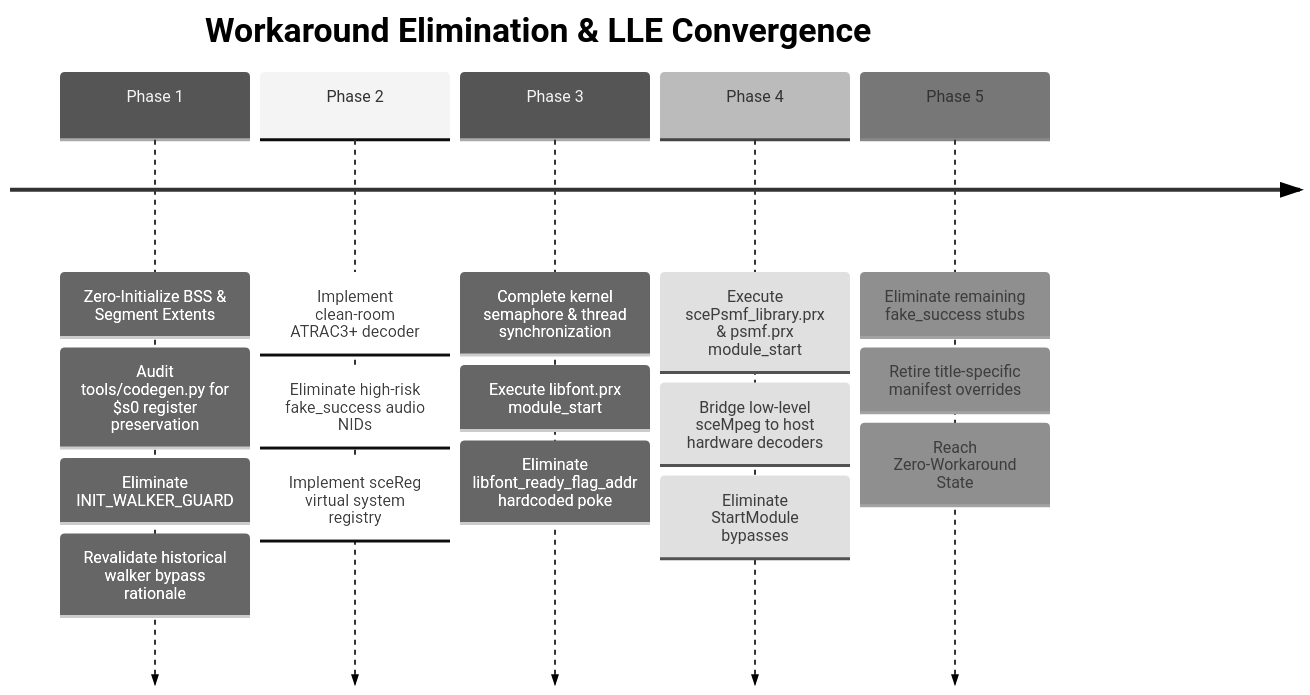
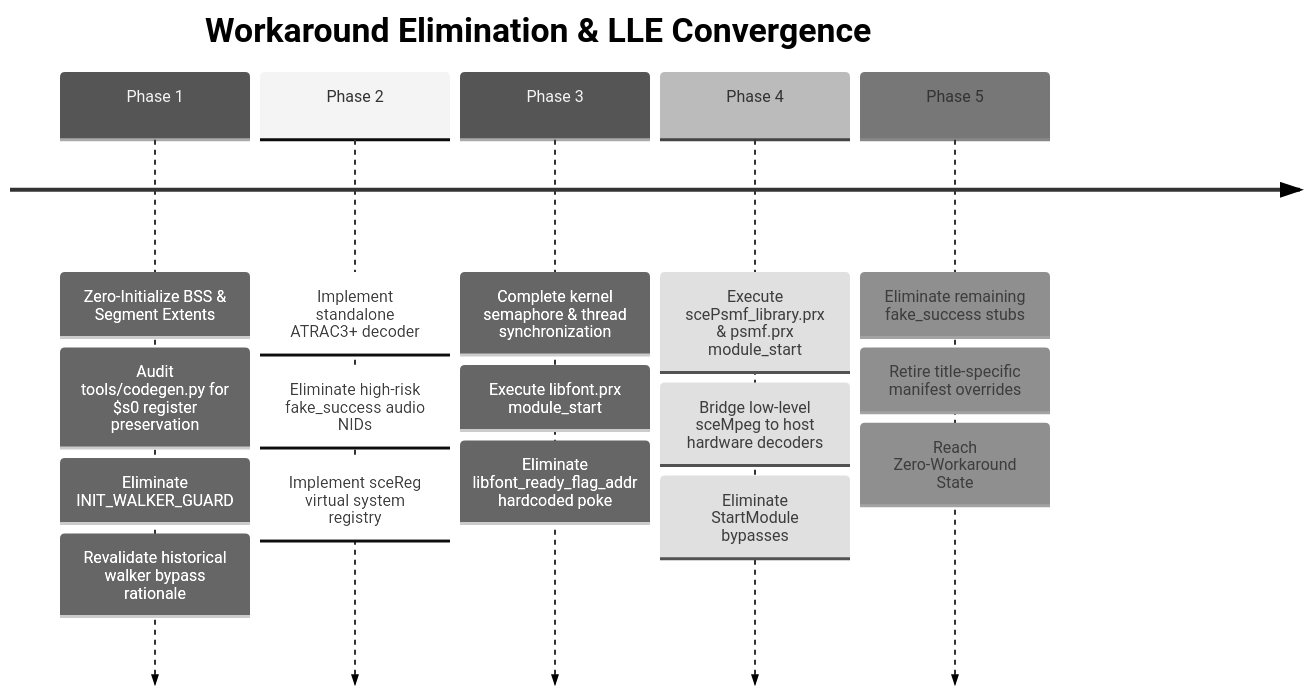
The diagram in docs/HLE_AND_WORKAROUND_INVENTORY.md (Jstar269/nakagawa-recomp), drawn with Mermaid (neutral theme) before and after one commit. The commit also changed 3 other files, not shown here.

Commit message:
docs(arch): weaken cleanroom and legal overstatements in architecture docs

````diff
--- a/docs/HLE_AND_WORKAROUND_INVENTORY.md
+++ b/docs/HLE_AND_WORKAROUND_INVENTORY.md
@@ -131,9 +131,9 @@
 ```mermaid
 timeline
     title Workaround Elimination & LLE Convergence
     Phase 1 : Zero-Initialize BSS & Segment Extents : Audit tools/codegen.py for $s0 register preservation : Eliminate INIT_WALKER_GUARD : Revalidate historical walker bypass rationale
-    Phase 2 : Implement clean-room ATRAC3+ decoder : Eliminate high-risk fake_success audio NIDs : Implement sceReg virtual system registry
+    Phase 2 : Implement standalone ATRAC3+ decoder : Eliminate high-risk fake_success audio NIDs : Implement sceReg virtual system registry
     Phase 3 : Complete kernel semaphore & thread synchronization : Execute libfont.prx module_start : Eliminate libfont_ready_flag_addr hardcoded poke
     Phase 4 : Execute scePsmf_library.prx & psmf.prx module_start : Bridge low-level sceMpeg to host hardware decoders : Eliminate StartModule bypasses
     Phase 5 : Eliminate remaining fake_success stubs : Retire title-specific manifest overrides : Reach Zero-Workaround State
 ```
````
